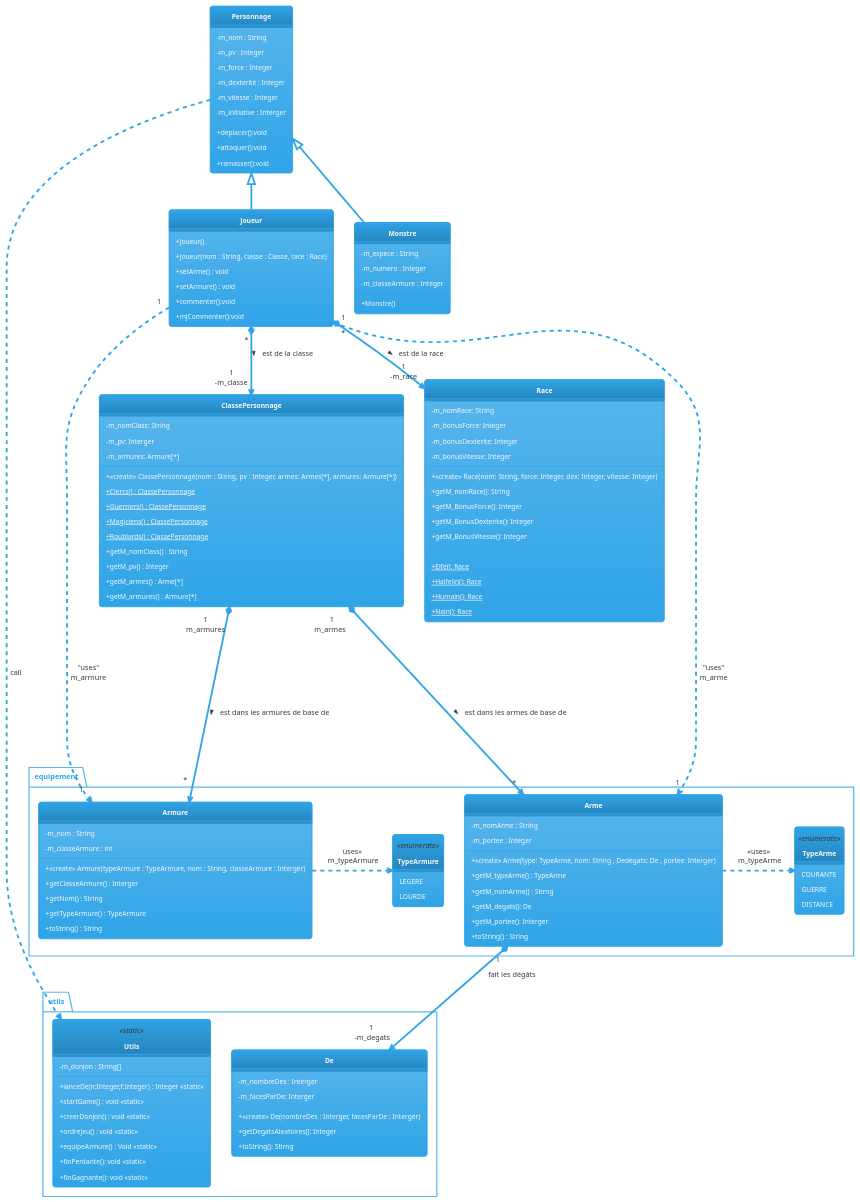
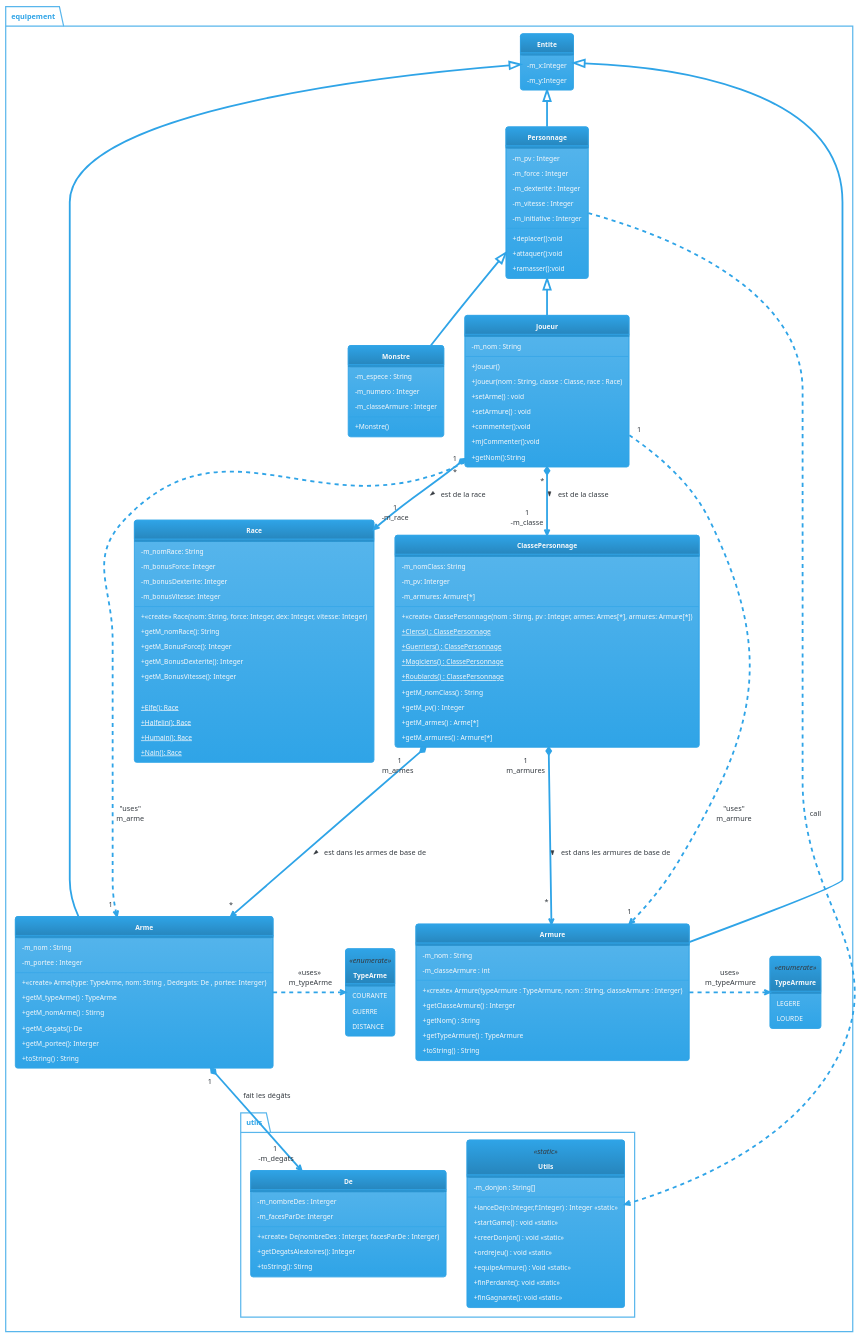
The diagram in uml/semaine2.puml (AbdullahPro2/DOOnjon-Dragon), drawn with PlantUML before and after one commit. The commit also changed 7 other files, not shown here.

Commit message:
ajout Personnage, Monstre, Joueur, Entite et modification uml

```diff
--- a/uml/semaine2.puml
+++ b/uml/semaine2.puml
@@ -1,148 +1,157 @@
 @startuml
 'https://plantuml.com/use-case-diagram
 !theme cerulean
 skinparam style strictuml
 skinparam classFontStyle Bold
 skinparam classAttributeIconSize 0
 hide empty members
 
 package equipement
 {
 
 ' Class Arme
   class Arme{
-    - m_nomArme : String
+    -m_nom : String
     - m_portee : Integer
     + <<create>> Arme(type: TypeArme, nom: String , Dedegats: De , portee: Interger)
     + getM_typeArme() : TypeArme
     + getM_nomArme() : Stirng
     + getM_degats(): De
     + getM_portee(): Interger
     + toString() : String
 }
   enum TypeArme <<enumerate>>
   {
   COURANTE
   GUERRE
   DISTANCE
   }
 ' Class Armure
 class Armure{
-    - m_nom : String
+    -m_nom : String
     - m_classeArmure : int
     + <<create>> Armure(typeArmure : TypeArmure, nom : String, classeArmure : Interger)
     + getClasseArmure() : Interger
     + getNom() : String
     + getTypeArmure() : TypeArmure
     + toString() : String
 }
 
 enum TypeArmure <<enumerate>>
 {
   LEGERE
   LOURDE
 }
+
+class Entite{
+    -m_x:Integer
+    -m_y:Integer
 }
+
 class Personnage{
-    -m_nom : String
     -m_pv : Integer
     -m_force : Integer
     -m_dexterité : Integer
     -m_vitesse : Integer
     -m_initiative : Interger
     +deplacer():void
     +attaquer():void
     +ramasser():void
 }
 
 class Joueur{
+    -m_nom : String
     +Joueur()
     +Joueur(nom : String, classe : Classe, race : Race)
     +setArme() : void
     +setArmure() : void
     +commenter():void
     +mjCommenter():void
+    +getNom():String
 }
 
 class Monstre {
     +Monstre()
     -m_espece : String
     -m_numero : Integer
     -m_classeArmure : Integer
 }
 
 class ClassePersonnage {
    - m_nomClass: String
    - m_pv: Interger
    - m_armures: Armure[*]
 
    + <<create>> ClassePersonnage(nom : Stirng, pv : Integer, armes: Armes[*], armures: Armure[*])
    + {static} Clercs() : ClassePersonnage
    + {static} Guerriers() : ClassePersonnage
    + {static} Magiciens() : ClassePersonnage
    + {static} Roublards() : ClassePersonnage
    + getM_nomClass() : String
    + getM_pv() : Integer
    + getM_armes() : Arme[*]
    + getM_armures() : Armure[*]
 }
 
 class Race {
   - m_nomRace: String
   - m_bonusForce: Integer
   - m_bonusDexterite: Integer
   - m_bonusVitesse: Integer
 
   + <<create>> Race(nom: String, force: Integer, dex: Integer, vitesse: Integer)
   + getM_nomRace(): String
   + getM_BonusForce(): Integer
   + getM_BonusDexterite(): Integer
   + getM_BonusVitesse(): Integer
 
   + {static} Elfe(): Race
   + {static} Halfelin(): Race
   + {static} Humain(): Race
   + {static} Nain(): Race
 }
 
 package utils
 {
   class Utils <<static>>{
     -m_donjon : String[]
     +lanceDe(n:Integer,f:Integer) : Integer <<static>>
     +startGame() : void <<static>>
     +creerDonjon() : void <<static>>
     +ordreJeu() : void <<static>>
     +equipeArmure() : Void <<static>>
     +finPerdante(): void <<static>>
     +finGagnante(): void <<static>>
   }
   class De
   {
     - m_nombreDes : Interger
     - m_facesParDe: Interger
     + <<create>> De(nombreDes : Interger, facesParDe : Interger)
     + getDegatsAleatoires(): Integer
     + toString(): Stirng
   }
 }
 
 Personnage <|-- Joueur
 Personnage <|-- Monstre
+Entite <|-- Personnage
+Entite <|-- Arme
+Entite <|-- Armure
 Joueur "*" *--> "1\n-m_classe" ClassePersonnage :  est de la classe >
 ' Relation de Classe de Personnage
 ClassePersonnage "1\nm_armes  " *----> "*" Arme:est dans les armes de base de >
 ClassePersonnage "1\nm_armures" *----> "*\n" Armure : est dans les armures de base de >
 
 
 Personnage .> Utils : "«call»"
 Joueur "*" *--> "1\n-m_race" Race :  est de la race >
 Joueur "1" .> "1" Arme : "uses"\nm_arme
 Joueur "1" .> "1" Armure : "uses"\nm_armure
 
 ' Class Arme Relations
 Arme .> TypeArme : "«uses»\n m_typeArme"
 Arme "1" *--> "1\n -m_degats" De : fait les dégâts
 ' Class Armure Relations
 Armure .> TypeArmure : "«uses»\n m_typeArmure""
 @enduml
```
